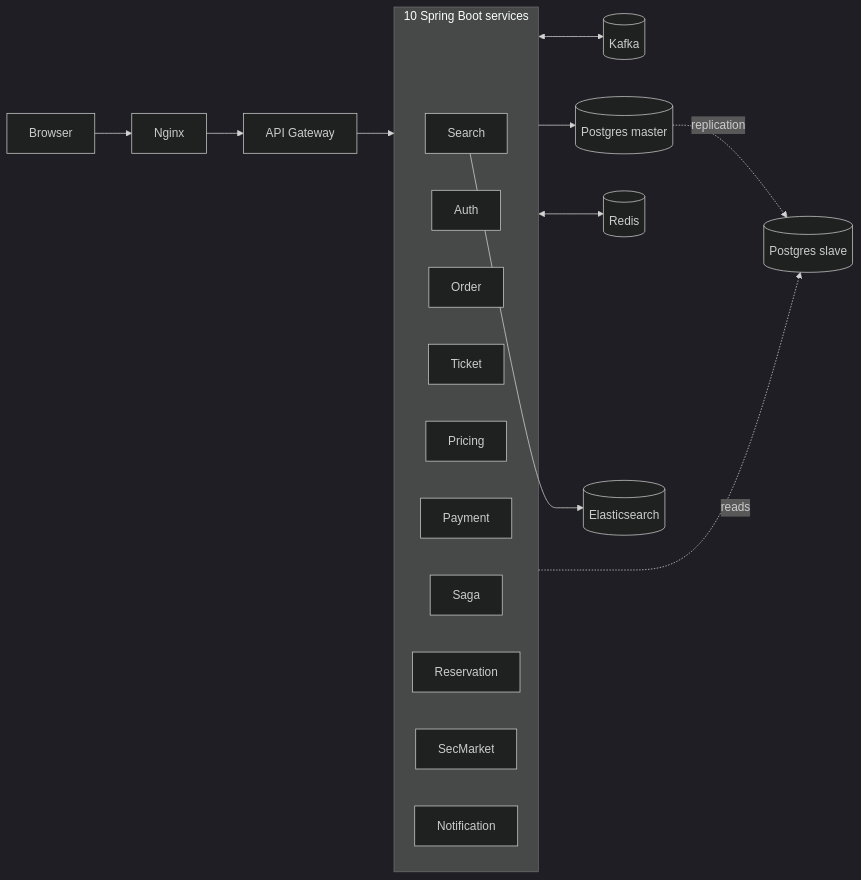
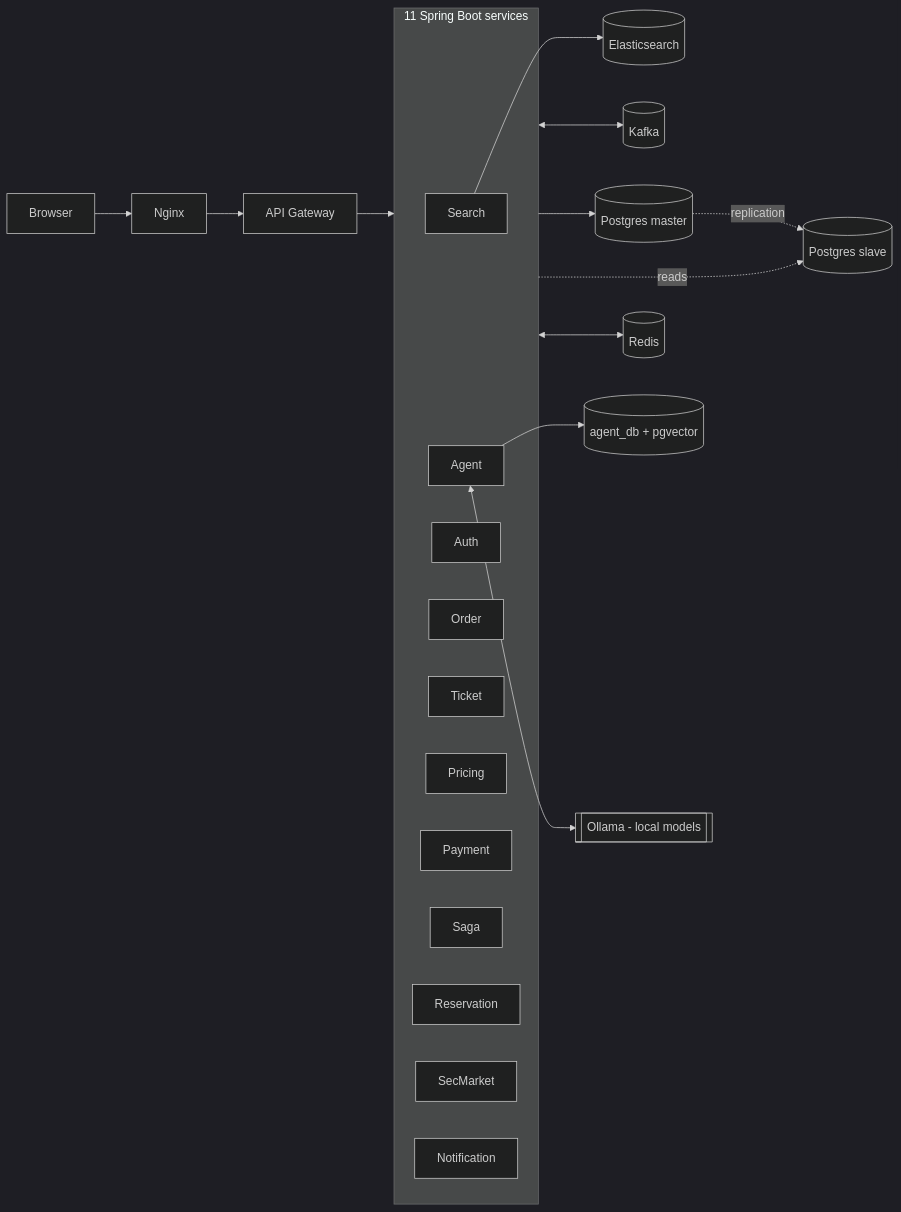
One commit to xol60/ticketing-platform changed the first of 2 diagrams in README.md. Above: the diagram before and after it, drawn with Mermaid (dark theme). The commit also changed other lines of this file and 12 other files, not shown here.

````diff
--- a/README.md
+++ b/README.md
@@ -20,25 +21,28 @@
 ```mermaid
 flowchart LR
     Browser[Browser] --> Nginx
     Nginx --> Gateway[API Gateway]
     Gateway --> Services
     Services <--> Kafka[(Kafka)]
     Services --> PgMaster[(Postgres master)]
     Services -.reads.-> PgSlave[(Postgres slave)]
     Services <--> Redis[(Redis)]
     S10 --> ES[(Elasticsearch)]
+    S11 --> PgVec[(agent_db + pgvector)]
+    S11 <--> Ollama[[Ollama - local models]]
     PgMaster -.replication.-> PgSlave
 
-    subgraph Services[" 10 Spring Boot services "]
+    subgraph Services[" 11 Spring Boot services "]
         S1[Auth]
         S2[Order]
         S3[Ticket]
         S4[Pricing]
         S5[Payment]
         S6[Saga]
         S7[Reservation]
         S8[SecMarket]
         S9[Notification]
         S10[Search]
+        S11[Agent]
     end
 ```
````
